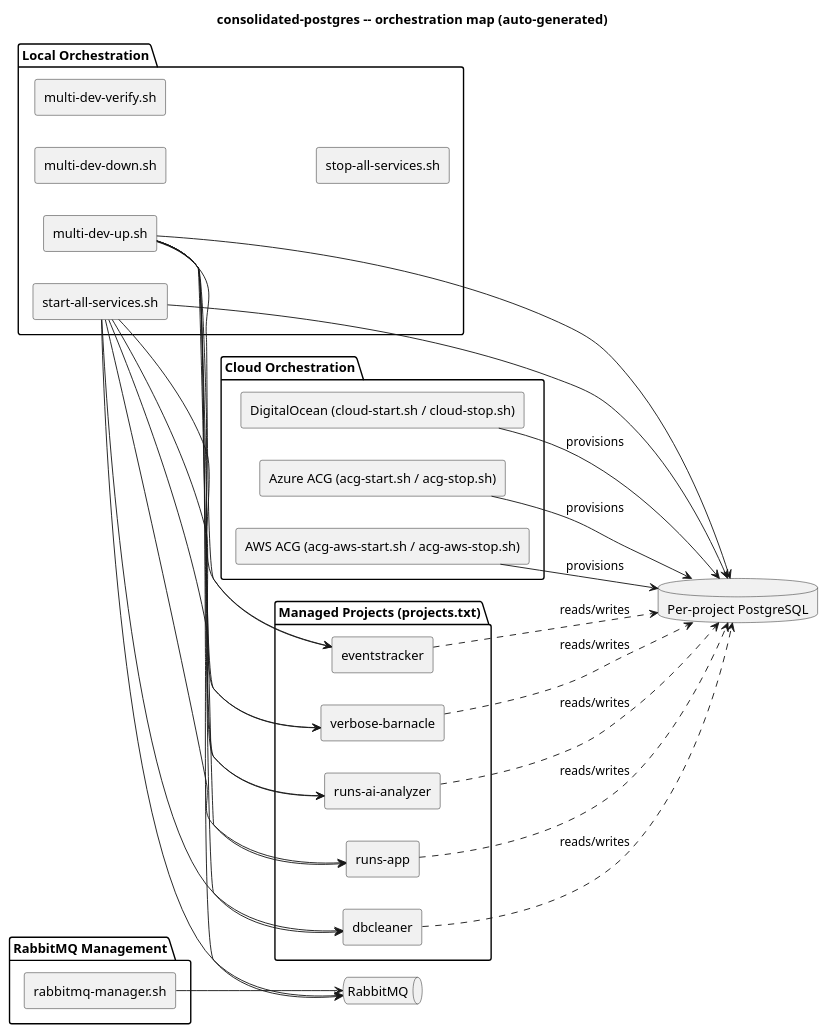
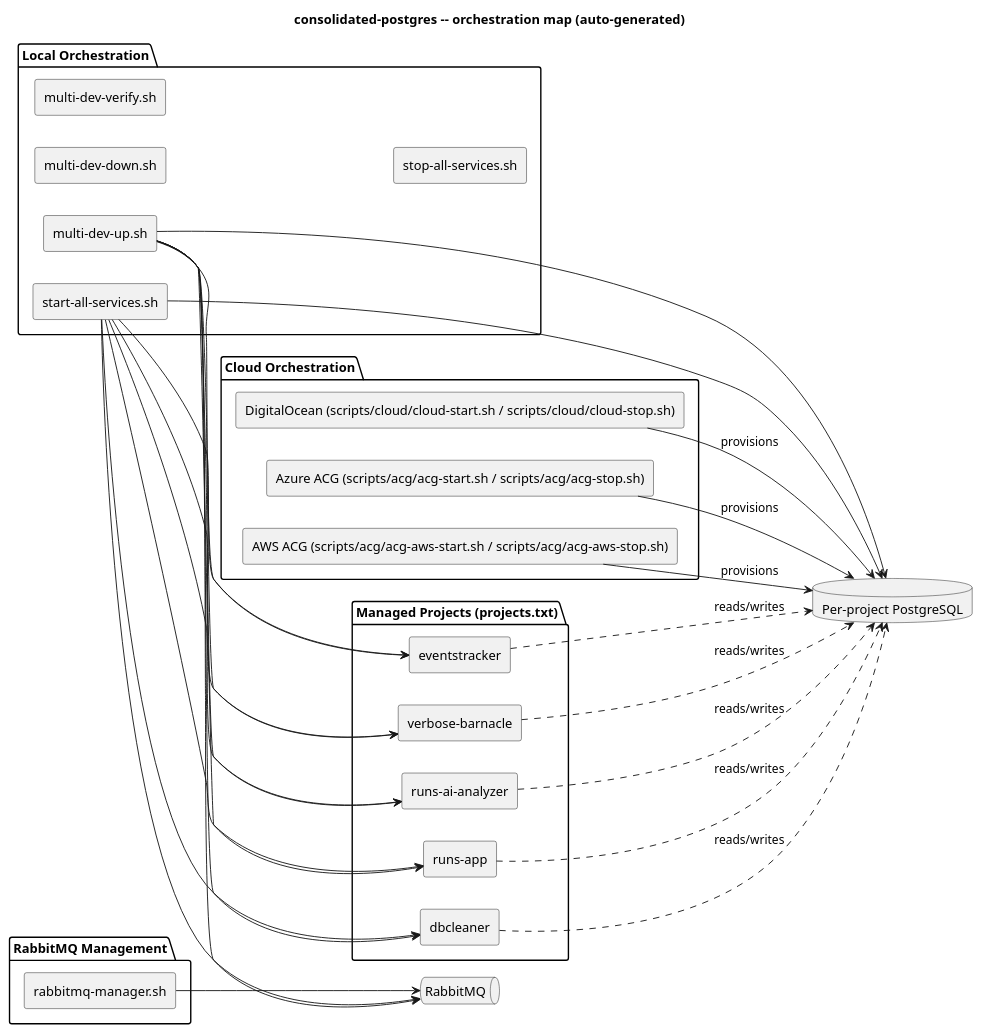
The diagram in README.md (sathishjayapal/consolidated-postgres), drawn with PlantUML before and after one commit. The commit also changed other lines of this file and 34 other files, not shown here.

````diff
--- a/README.md
+++ b/README.md
@@ -31,60 +31,60 @@
 ```plantuml
 @startuml
 title consolidated-postgres -- orchestration map (auto-generated)
 skinparam componentStyle rectangle
 left to right direction
 
 package "Local Orchestration" {
   [multi-dev-up.sh] as multi_dev_up_sh
   [multi-dev-down.sh] as multi_dev_down_sh
   [multi-dev-verify.sh] as multi_dev_verify_sh
   [start-all-services.sh] as start_all_services_sh
   [stop-all-services.sh] as stop_all_services_sh
 }
 
 package "Cloud Orchestration" {
-  [DigitalOcean (cloud-start.sh / cloud-stop.sh)] as DigitalOcean
-  [Azure ACG (acg-start.sh / acg-stop.sh)] as Azure_ACG
-  [AWS ACG (acg-aws-start.sh / acg-aws-stop.sh)] as AWS_ACG
+  [DigitalOcean (scripts/cloud/cloud-start.sh / scripts/cloud/cloud-stop.sh)] as DigitalOcean
+  [Azure ACG (scripts/acg/acg-start.sh / scripts/acg/acg-stop.sh)] as Azure_ACG
+  [AWS ACG (scripts/acg/acg-aws-start.sh / scripts/acg/acg-aws-stop.sh)] as AWS_ACG
 }
 
 package "RabbitMQ Management" {
   [rabbitmq-manager.sh] as rabbitmq_manager_sh
 }
 
 package "Managed Projects (projects.txt)" {
   [eventstracker] as eventstracker
   [runs-app] as runs_app
   [runs-ai-analyzer] as runs_ai_analyzer
   [verbose-barnacle] as verbose_barnacle
   [dbcleaner] as dbcleaner
 }
 
 database "Per-project PostgreSQL" as PG
 queue "RabbitMQ" as MQ
 
 multi_dev_up_sh --> eventstracker
 multi_dev_up_sh --> runs_app
 multi_dev_up_sh --> runs_ai_analyzer
 multi_dev_up_sh --> verbose_barnacle
 multi_dev_up_sh --> dbcleaner
 multi_dev_up_sh --> PG
 multi_dev_up_sh --> MQ
 start_all_services_sh --> eventstracker
 start_all_services_sh --> runs_app
 start_all_services_sh --> runs_ai_analyzer
 start_all_services_sh --> verbose_barnacle
 start_all_services_sh --> dbcleaner
 start_all_services_sh --> PG
 start_all_services_sh --> MQ
 DigitalOcean --> PG : provisions
 Azure_ACG --> PG : provisions
 AWS_ACG --> PG : provisions
 rabbitmq_manager_sh --> MQ
 eventstracker ..> PG : reads/writes
 runs_app ..> PG : reads/writes
 runs_ai_analyzer ..> PG : reads/writes
 verbose_barnacle ..> PG : reads/writes
 dbcleaner ..> PG : reads/writes
 @enduml
 ```
````
